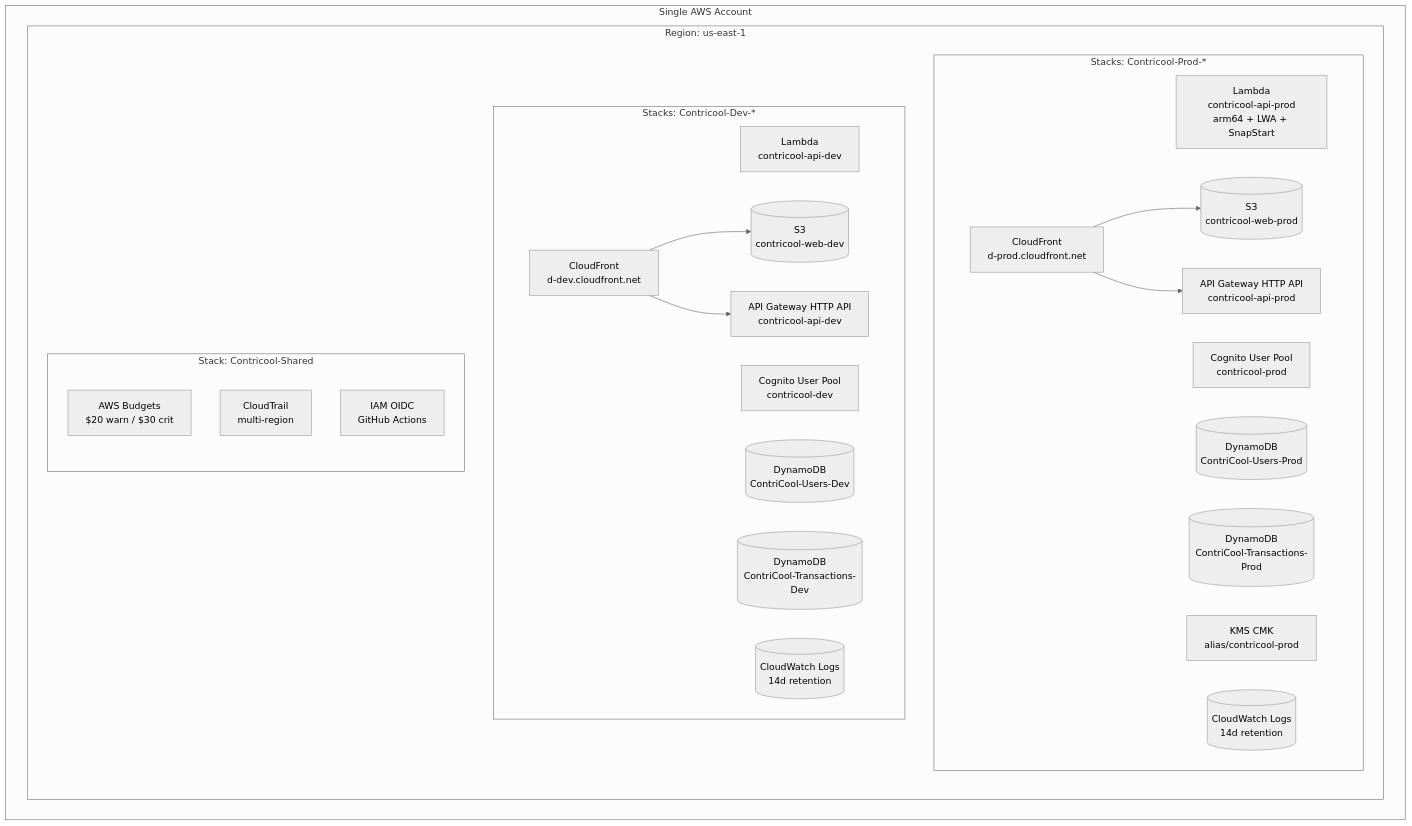
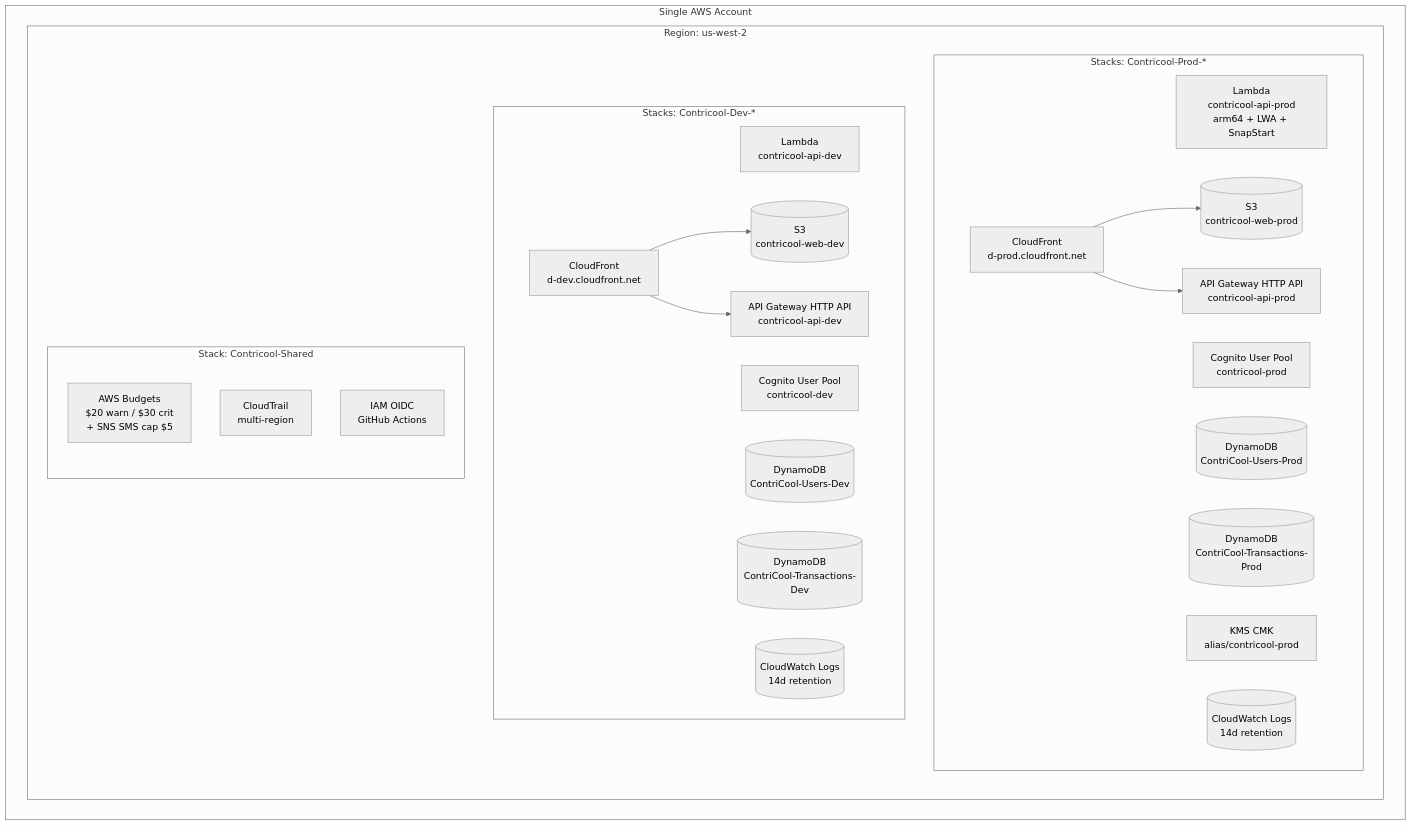
The diagram in specs/03-hosting-infrastructure/design.md (GanAlps/contricool), drawn with Mermaid (neutral theme) before and after one commit. The commit also changed other lines of this file and 9 other files, not shown here.

First line of the commit message:
chore: switch primary region to us-west-2 and tighten SMS spend cap to $5 (#1)

````diff
--- a/specs/03-hosting-infrastructure/design.md
+++ b/specs/03-hosting-infrastructure/design.md
@@ -11,37 +11,37 @@
 ```mermaid
 flowchart TB
     subgraph Account[Single AWS Account]
-        subgraph US[Region: us-east-1]
+        subgraph US[Region: us-west-2]
             subgraph ProdStack[Stacks: Contricool-Prod-*]
                 ProdLambda[Lambda<br/>contricool-api-prod<br/>arm64 + LWA + SnapStart]
                 ProdAPI[API Gateway HTTP API<br/>contricool-api-prod]
                 ProdCog[Cognito User Pool<br/>contricool-prod]
                 ProdDDBU[(DynamoDB<br/>ContriCool-Users-Prod)]
                 ProdDDBT[(DynamoDB<br/>ContriCool-Transactions-Prod)]
                 ProdS3[(S3<br/>contricool-web-prod)]
                 ProdCF[CloudFront<br/>d-prod.cloudfront.net]
                 ProdKMS[KMS CMK<br/>alias/contricool-prod]
                 ProdLogs[(CloudWatch Logs<br/>14d retention)]
             end
             subgraph DevStack[Stacks: Contricool-Dev-*]
                 DevLambda[Lambda<br/>contricool-api-dev]
                 DevAPI[API Gateway HTTP API<br/>contricool-api-dev]
                 DevCog[Cognito User Pool<br/>contricool-dev]
                 DevDDBU[(DynamoDB<br/>ContriCool-Users-Dev)]
                 DevDDBT[(DynamoDB<br/>ContriCool-Transactions-Dev)]
                 DevS3[(S3<br/>contricool-web-dev)]
                 DevCF[CloudFront<br/>d-dev.cloudfront.net]
                 DevLogs[(CloudWatch Logs<br/>14d retention)]
             end
             subgraph Shared[Stack: Contricool-Shared]
-                Budget[AWS Budgets<br/>$20 warn / $30 crit]
+                Budget[AWS Budgets<br/>$20 warn / $30 crit<br/>+ SNS SMS cap $5]
                 CT[CloudTrail<br/>multi-region]
                 IAMOIDC[IAM OIDC<br/>GitHub Actions]
             end
         end
     end
     ProdCF --> ProdS3
     ProdCF --> ProdAPI
     DevCF --> DevS3
     DevCF --> DevAPI
 ```
````
